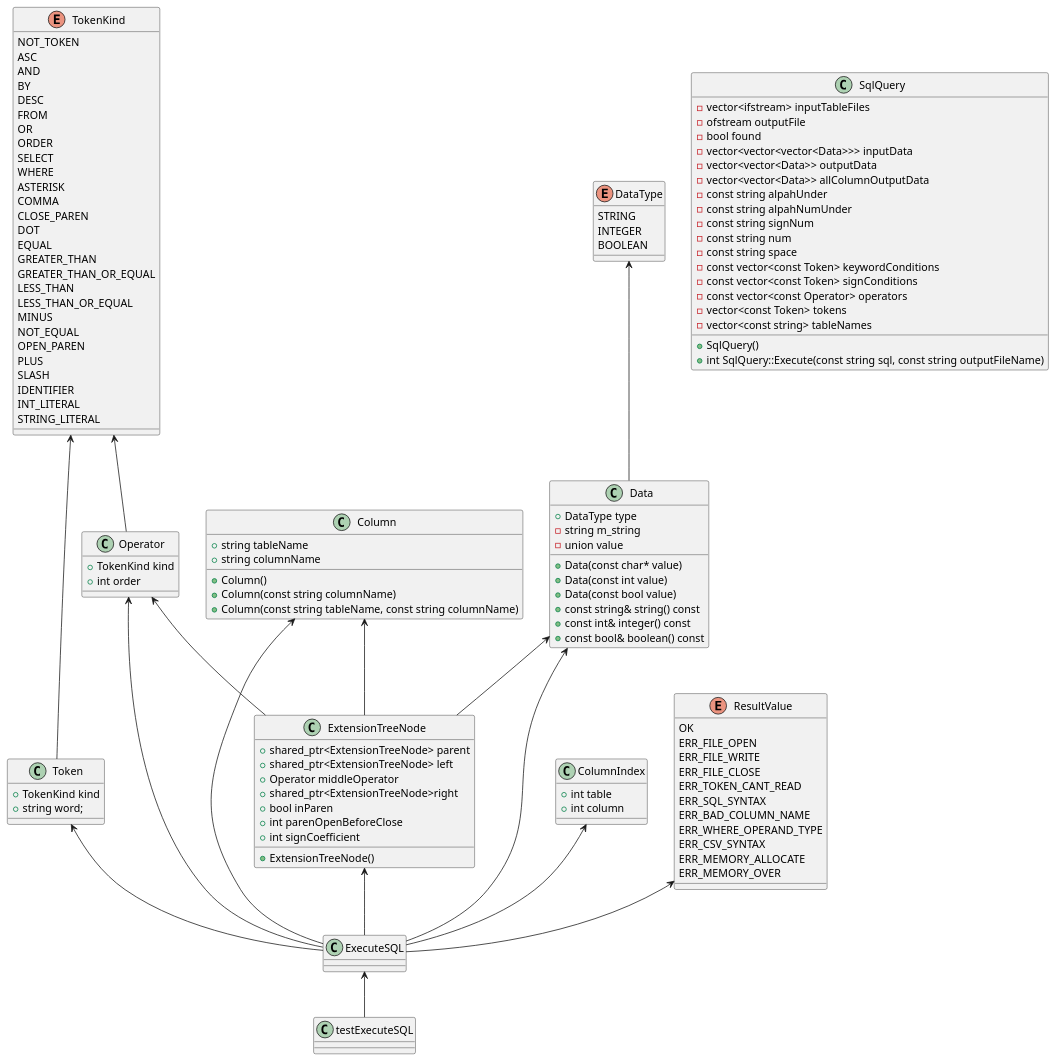
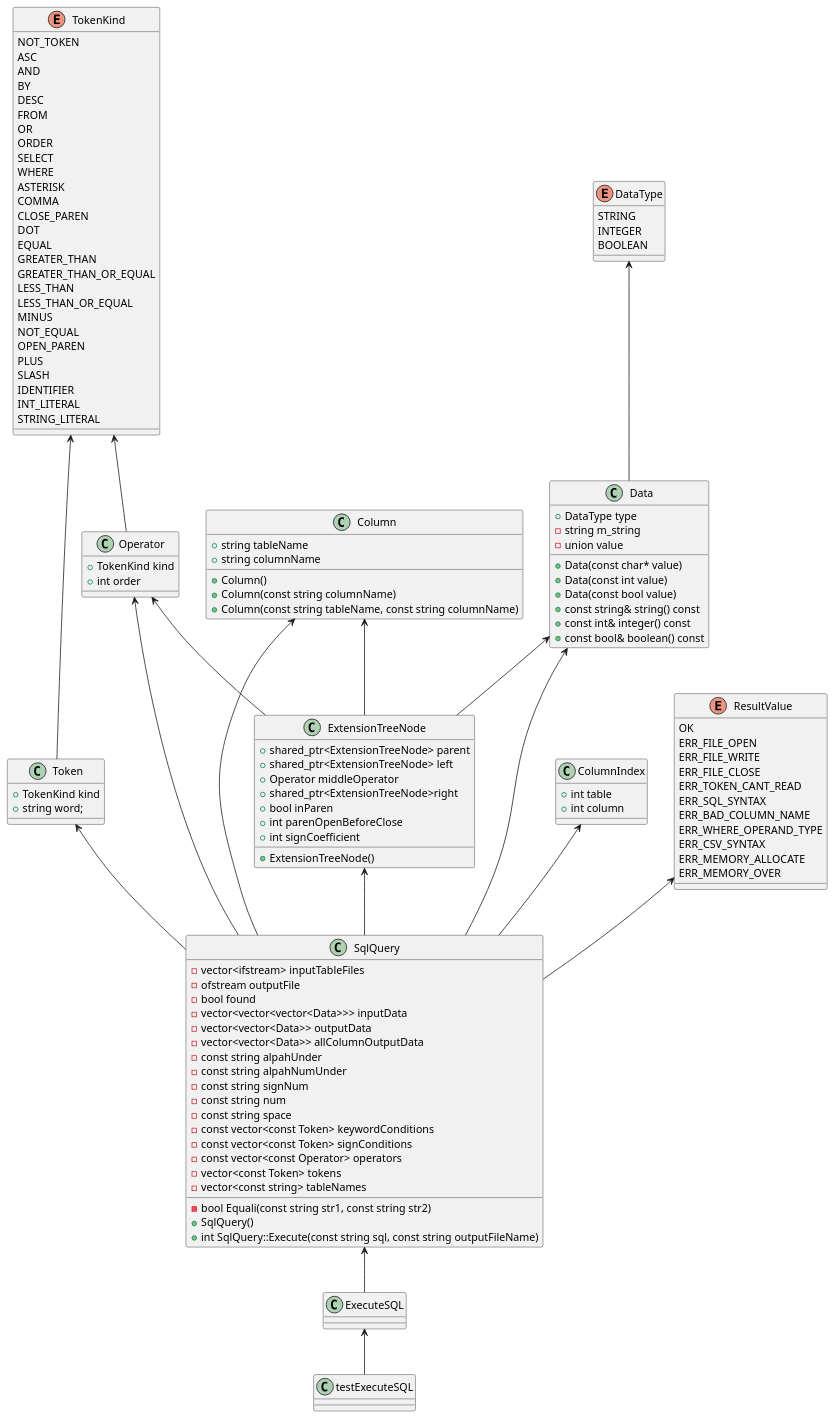
The diagram in ExecuteSQL.pu (yotten/TinySQL), drawn with PlantUML before and after one commit. The commit also changed 2 other files, not shown here.

```diff
--- a/ExecuteSQL.pu
+++ b/ExecuteSQL.pu
@@ -1,129 +1,132 @@
 @startuml
 
 class testExecuteSQL {}
 class SqlQuery {
 	-vector<ifstream> inputTableFiles
 	-ofstream outputFile
 	-bool found
 	-vector<vector<vector<Data>>> inputData
 	-vector<vector<Data>> outputData
 	-vector<vector<Data>> allColumnOutputData	
 	-const string alpahUnder
 	-const string alpahNumUnder
 	-const string signNum
 	-const string num
 	-const string space
 	-const vector<const Token> keywordConditions
 	-const vector<const Token> signConditions
 	-const vector<const Operator> operators
 	-vector<const Token> tokens
 	-vector<const string> tableNames
+	-bool Equali(const string str1, const string str2)
 	+SqlQuery()
 	+int SqlQuery::Execute(const string sql, const string outputFileName)
 }
 class ExecuteSQL {
 	
-}	
+}
+
 class Data {
     +DataType type
 	-string m_string
 	-union value
 	+Data(const char* value)
 	+Data(const int value)
 	+Data(const bool value)
 	+const string& string() const
 	+const int& integer() const
 	+const bool& boolean() const
 }
 class Operator{
     +TokenKind kind
     +int order
 }
 class Token{
     +TokenKind kind
     +string word;
 }
 class ExtensionTreeNode{
 	+shared_ptr<ExtensionTreeNode> parent
 	+shared_ptr<ExtensionTreeNode> left
 	+Operator middleOperator
 	+shared_ptr<ExtensionTreeNode>right
 	+bool inParen
 	+int parenOpenBeforeClose
 	+int signCoefficient
 	+ExtensionTreeNode()
 }
 class ColumnIndex{
     +int table
     +int column
 }
 class Column{
     +string tableName
     +string columnName
     +Column()
     +Column(const string columnName)
     +Column(const string tableName, const string columnName)
 }
 enum DataType{
    	STRING
 	INTEGER
 	BOOLEAN
 }
 enum TokenKind{
     NOT_TOKEN
 	ASC
 	AND
 	BY
 	DESC
 	FROM
 	OR
 	ORDER
 	SELECT
 	WHERE
 	ASTERISK
 	COMMA
 	CLOSE_PAREN
 	DOT
 	EQUAL
 	GREATER_THAN
 	GREATER_THAN_OR_EQUAL
 	LESS_THAN
 	LESS_THAN_OR_EQUAL
 	MINUS
 	NOT_EQUAL
 	OPEN_PAREN
 	PLUS
 	SLASH
 	IDENTIFIER
 	INT_LITERAL
 	STRING_LITERAL
 }
 enum ResultValue{
     OK
 	ERR_FILE_OPEN
 	ERR_FILE_WRITE
 	ERR_FILE_CLOSE
 	ERR_TOKEN_CANT_READ
 	ERR_SQL_SYNTAX
 	ERR_BAD_COLUMN_NAME
 	ERR_WHERE_OPERAND_TYPE
 	ERR_CSV_SYNTAX
 	ERR_MEMORY_ALLOCATE
 	ERR_MEMORY_OVER
 }
 
 ExecuteSQL <-- testExecuteSQL
-Data <-- ExecuteSQL
-Operator <-- ExecuteSQL
-Token <-- ExecuteSQL
-ExtensionTreeNode <-- ExecuteSQL
-ColumnIndex <-- ExecuteSQL
-Column <-- ExecuteSQL
-ResultValue <-- ExecuteSQL
+SqlQuery <-- ExecuteSQL
+Data <-- SqlQuery
+Operator <-- SqlQuery
+Token <-- SqlQuery
+ExtensionTreeNode <-- SqlQuery
+ColumnIndex <-- SqlQuery
+Column <-- SqlQuery
+ResultValue <-- SqlQuery
 DataType <-- Data
 TokenKind <-- Token
 TokenKind <-- Operator
 Operator <-- ExtensionTreeNode
 Column <-- ExtensionTreeNode
 Data <-- ExtensionTreeNode
 @enduml
```
